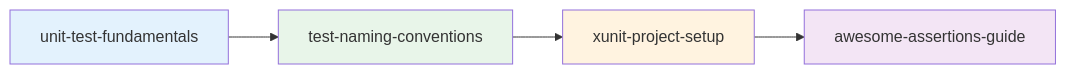
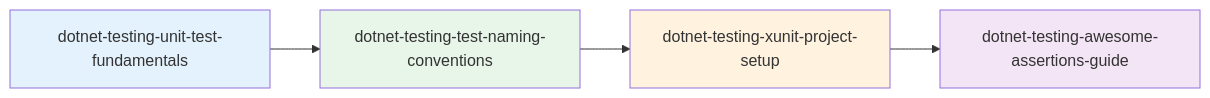
The second of 4 diagrams in README.md (kevintsengtw/dotnet-testing-agent-skills), drawn with Mermaid before and after one commit. The commit also changed other lines of this file, not shown here.

````diff
--- a/README.md
+++ b/README.md
@@ -387,11 +387,11 @@
 ```mermaid
 graph LR
-    A[unit-test-fundamentals] --> B[test-naming-conventions]
-    B --> C[xunit-project-setup]
-    C --> D[awesome-assertions-guide]
+    A[dotnet-testing-unit-test-fundamentals] --> B[dotnet-testing-test-naming-conventions]
+    B --> C[dotnet-testing-xunit-project-setup]
+    C --> D[dotnet-testing-awesome-assertions-guide]
     
     style A fill:#e3f2fd
     style B fill:#e8f5e9
     style C fill:#fff3e0
     style D fill:#f3e5f5
 ```
````
